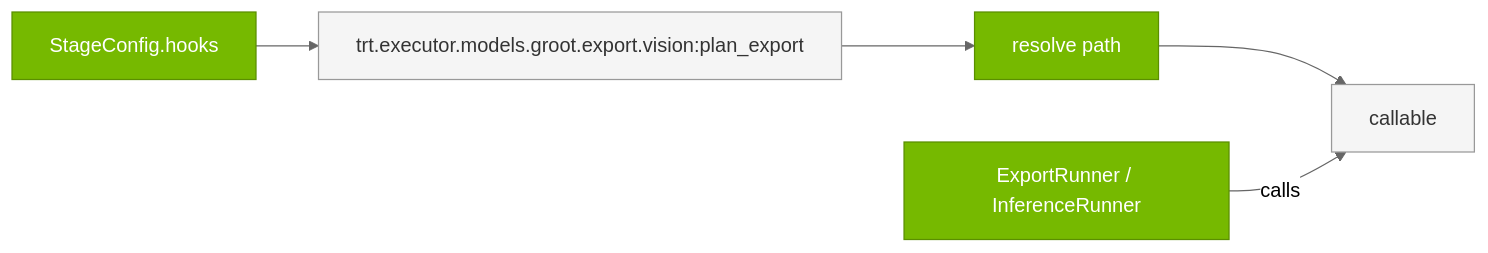
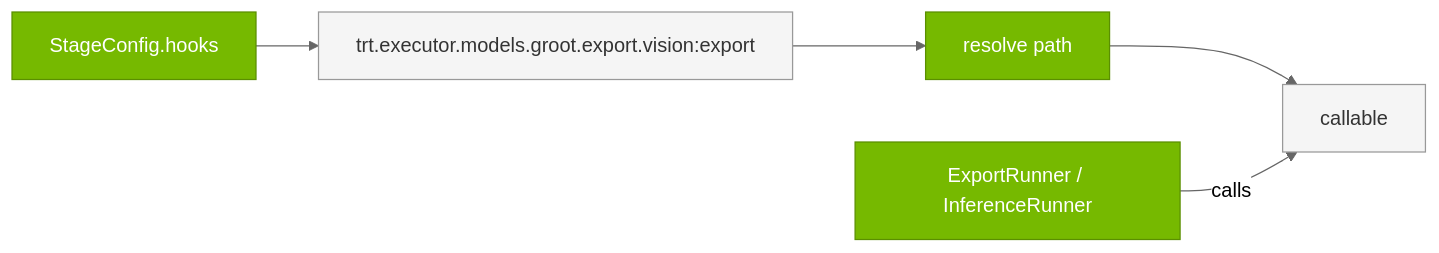
One commit to micwill755/TRT-VLA-Lowering changed the diagram in docs/source/developer_guide/architecture/hooks.rst. Above: the diagram before and after it, drawn with Mermaid. The commit also changed other lines of this file and 98 other files, not shown here.

```diff
--- a/docs/source/developer_guide/architecture/hooks.rst
+++ b/docs/source/developer_guide/architecture/hooks.rst
@@ -18,18 +18,18 @@
 .. mermaid::
 
    %%{init: {'theme':'neutral', 'themeVariables': {'primaryColor':'#76B900','primaryTextColor':'#fff','primaryBorderColor':'#5a8f00','lineColor':'#666','edgeLabelBackground':'#ffffff','labelTextColor':'#000','clusterBkg':'#ffffff','clusterBorder':'#999'}}}%%
    graph LR
        CFG[StageConfig.hooks]
-       PATH["trt.executor.models.groot.export.vision:plan_export"]
+       PATH["trt.executor.models.groot.export.vision:export"]
        RESOLVE[resolve path]
        FN[callable]
        RUNNER[ExportRunner / InferenceRunner]
 
        CFG --> PATH --> RESOLVE --> FN
        RUNNER -->|calls| FN
 
        classDef nvNode fill:#76B900,stroke:#5a8f00,stroke-width:1px,color:#fff
        classDef greyNode fill:#f5f5f5,stroke:#999,stroke-width:1px,color:#333
 
        class CFG,RESOLVE,RUNNER nvNode
        class PATH,FN greyNode
```
